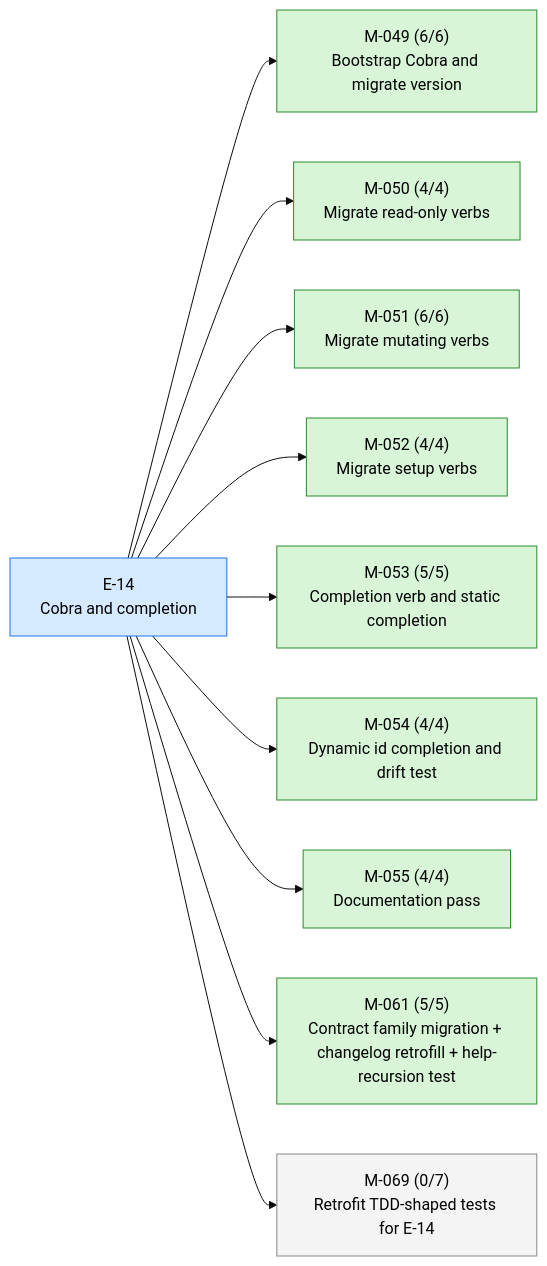
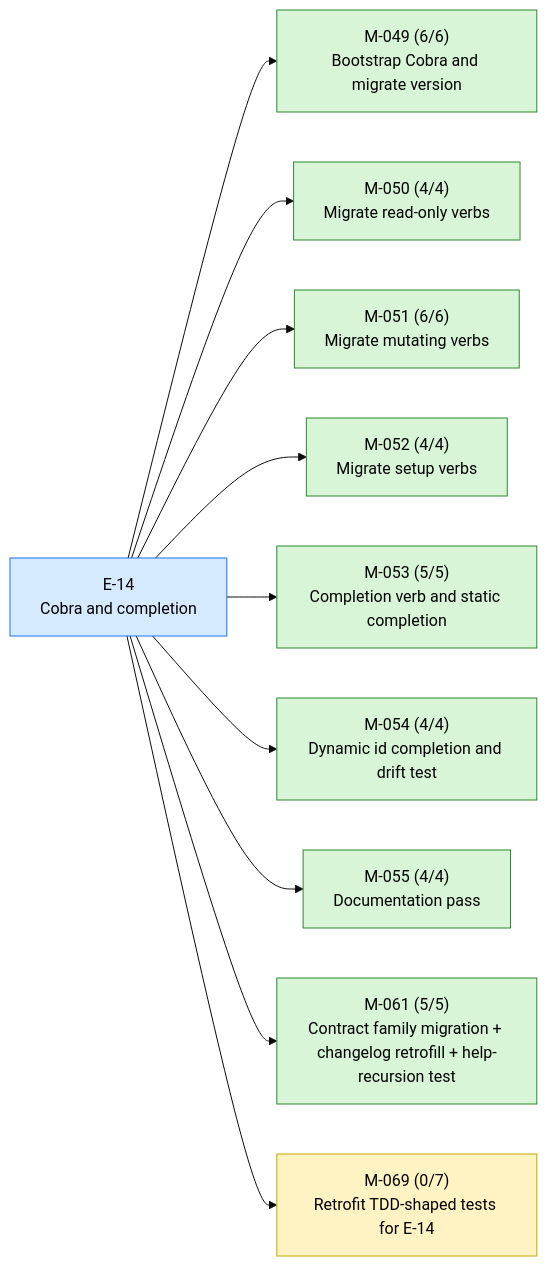
Before and after one commit to 23min/aiwf: the first of 4 diagrams in STATUS.md, drawn with Mermaid (base theme). The commit also changed other lines of this file and 1 other file, not shown here.

First line of the commit message:
aiwf promote M-069 draft -> in_progress

````diff
--- a/STATUS.md
+++ b/STATUS.md
@@ -19,28 +19,28 @@
 ```mermaid
 flowchart LR
   E_14["E-14<br/>Cobra and completion"]:::epic_active
   M_049["M-049 (6/6)<br/>Bootstrap Cobra and migrate version"]:::ms_done
   E_14 --> M_049
   M_050["M-050 (4/4)<br/>Migrate read-only verbs"]:::ms_done
   E_14 --> M_050
   M_051["M-051 (6/6)<br/>Migrate mutating verbs"]:::ms_done
   E_14 --> M_051
   M_052["M-052 (4/4)<br/>Migrate setup verbs"]:::ms_done
   E_14 --> M_052
   M_053["M-053 (5/5)<br/>Completion verb and static completion"]:::ms_done
   E_14 --> M_053
   M_054["M-054 (4/4)<br/>Dynamic id completion and drift test"]:::ms_done
   E_14 --> M_054
   M_055["M-055 (4/4)<br/>Documentation pass"]:::ms_done
   E_14 --> M_055
   M_061["M-061 (5/5)<br/>Contract family migration + changelog retrofill + help-recursion test"]:::ms_done
   E_14 --> M_061
-  M_069["M-069 (0/7)<br/>Retrofit TDD-shaped tests for E-14"]:::ms_draft
+  M_069["M-069 (0/7)<br/>Retrofit TDD-shaped tests for E-14"]:::ms_in_progress
   E_14 --> M_069
   classDef epic_active fill:#d6eaff,stroke:#1a73e8,color:#000
   classDef epic_proposed fill:#f4f4f4,stroke:#888,color:#000
   classDef ms_done fill:#d8f5d8,stroke:#2a8a2a,color:#000
   classDef ms_in_progress fill:#fff3c4,stroke:#caa400,color:#000
   classDef ms_draft fill:#f4f4f4,stroke:#888,color:#000
   classDef ms_cancelled fill:#fbeaea,stroke:#c33,color:#000
 ```
````
